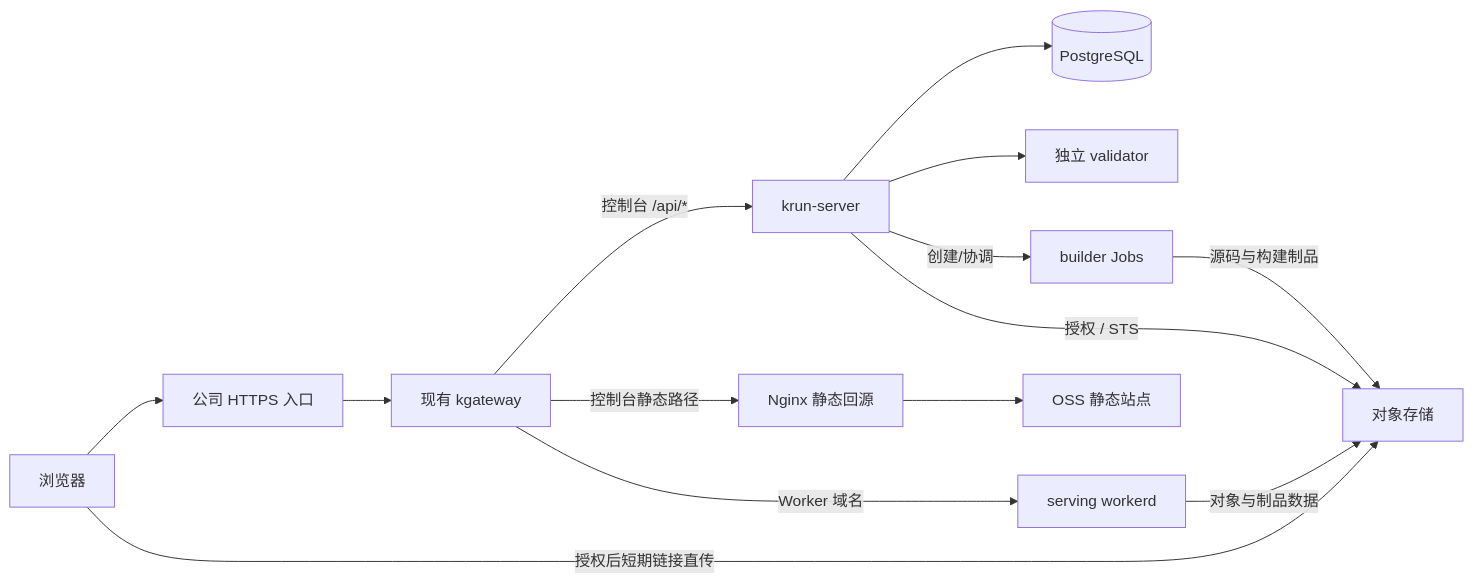
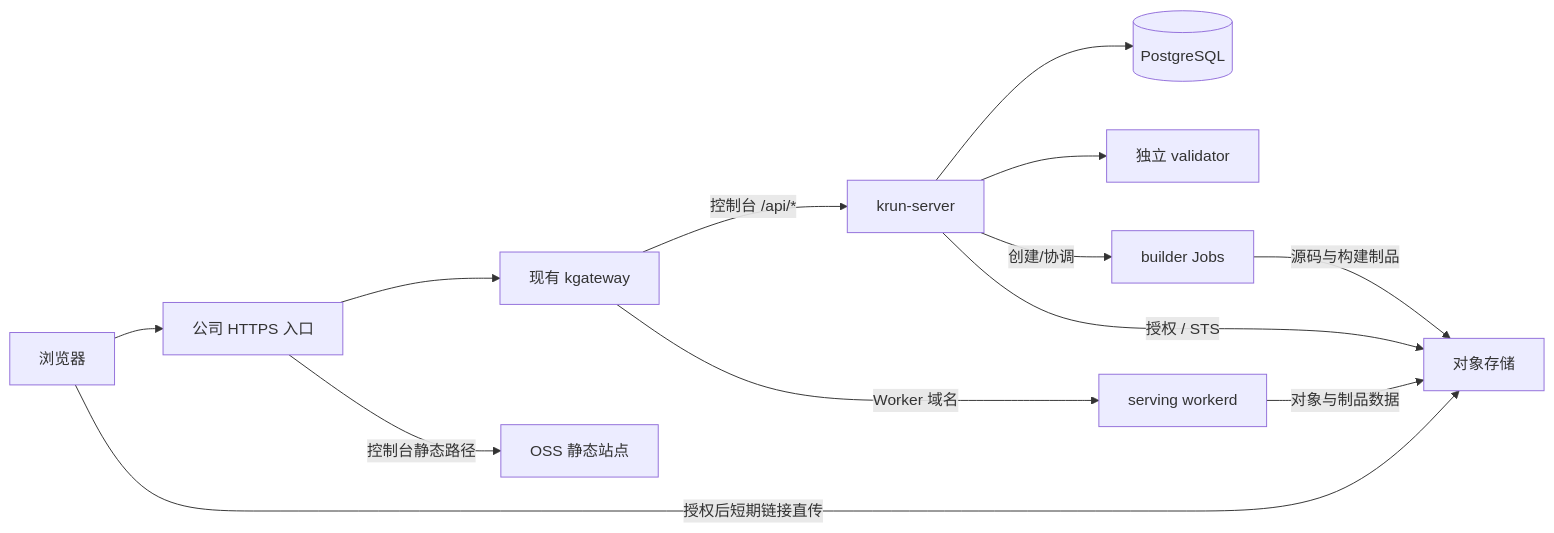
The diagram in deploy/production/README.md (krun-dev/krun), drawn with Mermaid before and after one commit. The commit also changed other lines of this file and 11 other files, not shown here.

````diff
--- a/deploy/production/README.md
+++ b/deploy/production/README.md
@@ -9,16 +8,15 @@
 ```mermaid
 flowchart LR
     Browser[浏览器] --> Edge[公司 HTTPS 入口]
     Edge --> Gateway[现有 kgateway]
     Gateway -->|控制台 /api/*| Go[krun-server]
-    Gateway -->|控制台静态路径| Console[Nginx 静态回源]
-    Console --> OSS[OSS 静态站点]
+    Edge -->|控制台静态路径| OSS[OSS 静态站点]
     Gateway -->|Worker 域名| Serving[serving workerd]
     Go --> PG[(PostgreSQL)]
     Go --> Validator[独立 validator]
     Go -->|创建/协调| Builder[builder Jobs]
     Go -->|授权 / STS| TOS[对象存储]
     Serving -->|对象与制品数据| TOS
     Builder -->|源码与构建制品| TOS
     Browser -->|授权后短期链接直传| TOS
 ```
````
